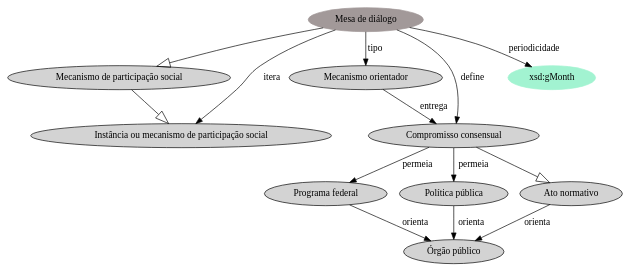
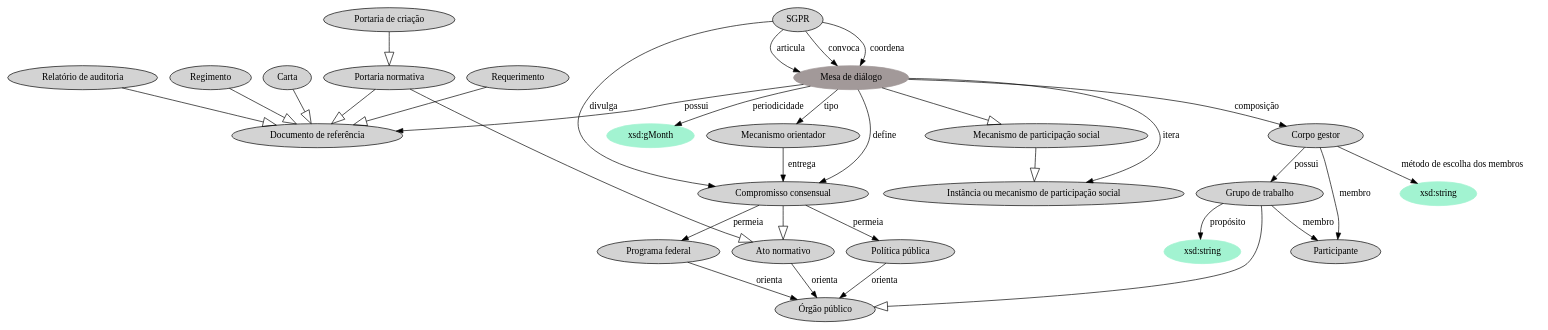
Before and after one commit to ttm/vocabulario-participacao: the diagram in rdf/obsMesaDeDialogo.dot, drawn with Graphviz. The commit also changed 7 other files, not shown here.

```diff
--- a/rdf/obsMesaDeDialogo.dot
+++ b/rdf/obsMesaDeDialogo.dot
@@ -1,32 +1,76 @@
 digraph  {
 	node [label="\N"];
 	"Mesa de diálogo"	 [color="#A29999",
 		style=filled];
-	"Mecanismo de participação social"	 [style=filled];
-	"Mesa de diálogo" -> "Mecanismo de participação social"	 [arrowhead=empty,
-		arrowsize=2];
+	1	 [color="#A2F3D1",
+		label="xsd:gMonth",
+		style=filled];
+	"Mesa de diálogo" -> 1	 [label=periodicidade];
 	"Mecanismo orientador"	 [style=filled];
 	"Mesa de diálogo" -> "Mecanismo orientador"	 [label=tipo];
 	"Compromisso consensual"	 [style=filled];
 	"Mesa de diálogo" -> "Compromisso consensual"	 [label=define];
+	"Documento de referência"	 [style=filled];
+	"Mesa de diálogo" -> "Documento de referência"	 [label=possui];
 	"Instância ou mecanismo de participação social"	 [style=filled];
 	"Mesa de diálogo" -> "Instância ou mecanismo de participação social"	 [label=itera];
-	1	 [color="#A2F3D1",
-		label="xsd:gMonth",
-		style=filled];
-	"Mesa de diálogo" -> 1	 [label=periodicidade];
+	"Corpo gestor"	 [style=filled];
+	"Mesa de diálogo" -> "Corpo gestor"	 [label=composição];
+	"Mecanismo de participação social"	 [style=filled];
+	"Mesa de diálogo" -> "Mecanismo de participação social"	 [arrowhead=empty,
+		arrowsize=2];
 	"Mecanismo de participação social" -> "Instância ou mecanismo de participação social"	 [arrowhead=empty,
 		arrowsize=2];
 	"Mecanismo orientador" -> "Compromisso consensual"	 [label=entrega];
-	"Programa federal"	 [style=filled];
-	"Compromisso consensual" -> "Programa federal"	 [label=permeia];
 	"Política pública"	 [style=filled];
 	"Compromisso consensual" -> "Política pública"	 [label=permeia];
 	"Ato normativo"	 [style=filled];
 	"Compromisso consensual" -> "Ato normativo"	 [arrowhead=empty,
 		arrowsize=2];
+	"Programa federal"	 [style=filled];
+	"Compromisso consensual" -> "Programa federal"	 [label=permeia];
 	"Órgão público"	 [style=filled];
 	"Programa federal" -> "Órgão público"	 [label=orienta];
 	"Política pública" -> "Órgão público"	 [label=orienta];
 	"Ato normativo" -> "Órgão público"	 [label=orienta];
+	SGPR	 [style=filled];
+	SGPR -> "Mesa de diálogo"	 [label=articula];
+	SGPR -> "Mesa de diálogo"	 [label=convoca];
+	SGPR -> "Mesa de diálogo"	 [label=coordena];
+	SGPR -> "Compromisso consensual"	 [label=divulga];
+	"Grupo de trabalho"	 [style=filled];
+	"Corpo gestor" -> "Grupo de trabalho"	 [label=possui];
+	Participante	 [style=filled];
+	"Corpo gestor" -> Participante	 [label=membro];
+	2	 [color="#A2F3D1",
+		label="xsd:string",
+		style=filled];
+	"Corpo gestor" -> 2	 [label="método de escolha dos membros"];
+	3	 [color="#A2F3D1",
+		label="xsd:string",
+		style=filled];
+	"Grupo de trabalho" -> 3	 [label=propósito];
+	"Grupo de trabalho" -> Participante	 [label=membro];
+	"Grupo de trabalho" -> "Órgão público"	 [arrowhead=empty,
+		arrowsize=2];
+	Carta	 [style=filled];
+	Carta -> "Documento de referência"	 [arrowhead=empty,
+		arrowsize=2];
+	Requerimento	 [style=filled];
+	Requerimento -> "Documento de referência"	 [arrowhead=empty,
+		arrowsize=2];
+	"Relatório de auditoria"	 [style=filled];
+	"Relatório de auditoria" -> "Documento de referência"	 [arrowhead=empty,
+		arrowsize=2];
+	Regimento	 [style=filled];
+	Regimento -> "Documento de referência"	 [arrowhead=empty,
+		arrowsize=2];
+	"Portaria normativa"	 [style=filled];
+	"Portaria normativa" -> "Ato normativo"	 [arrowhead=empty,
+		arrowsize=2];
+	"Portaria normativa" -> "Documento de referência"	 [arrowhead=empty,
+		arrowsize=2];
+	"Portaria de criação"	 [style=filled];
+	"Portaria de criação" -> "Portaria normativa"	 [arrowhead=empty,
+		arrowsize=2];
 }
```
